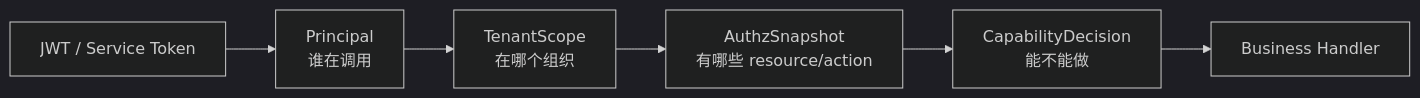
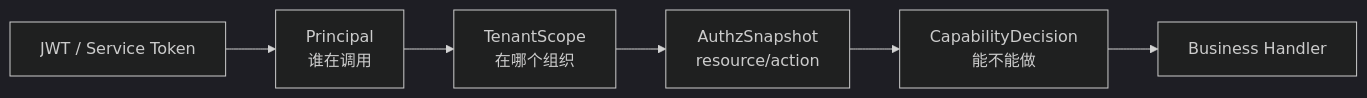
Before and after one commit to FangcunMount/qs-server: the eighth of 8 diagrams in docs/06-宣讲/09-30分钟技术分享脚本.md, drawn with Mermaid (dark theme). The commit also changed other lines of this file and 25 other files, not shown here.

````diff
--- a/docs/06-宣讲/09-30分钟技术分享脚本.md
+++ b/docs/06-宣讲/09-30分钟技术分享脚本.md
@@ -446,11 +556,11 @@
 ```mermaid
 flowchart LR
     Token["JWT / Service Token"]
     Principal["Principal<br/>谁在调用"]
     Tenant["TenantScope<br/>在哪个组织"]
-    Snapshot["AuthzSnapshot<br/>有哪些 resource/action"]
+    Snapshot["AuthzSnapshot<br/>resource/action"]
     Decision["CapabilityDecision<br/>能不能做"]
     Handler["Business Handler"]
 
     Token --> Principal --> Tenant --> Snapshot --> Decision --> Handler
 ```
````
